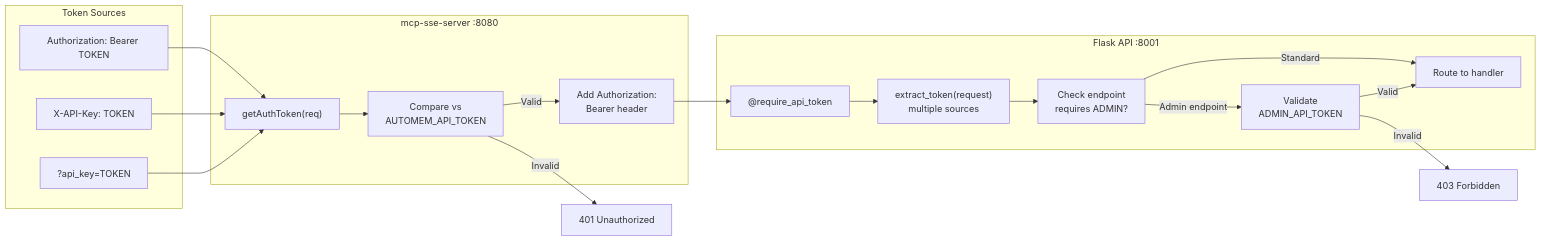
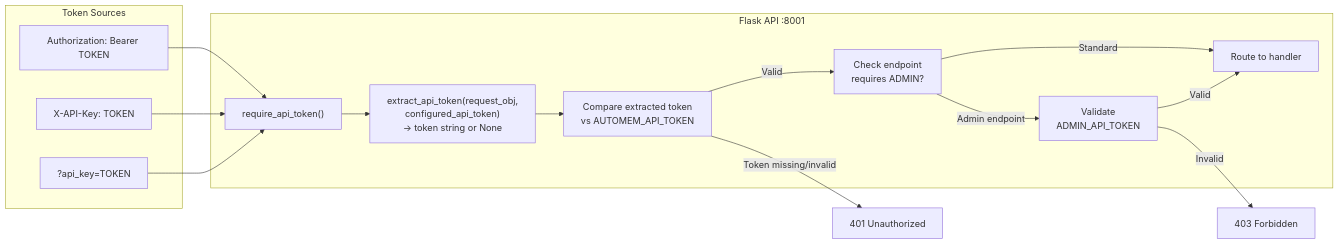
The second of 3 diagrams in src/content/docs/docs/reference/authentication.md (verygoodplugins/automem-website), drawn with Mermaid before and after one commit. The commit also changed other lines of this file, not shown here.

First paragraph of the commit message:
docs: fix drift in Authentication (#168)
* docs: fix drift in Authentication

````diff
--- a/src/content/docs/docs/reference/authentication.md
+++ b/src/content/docs/docs/reference/authentication.md
@@ -101,39 +101,31 @@
 ```mermaid
 graph LR
     subgraph "Token Sources"
         BearerHeader["Authorization: Bearer TOKEN"]
         APIKeyHeader["X-API-Key: TOKEN"]
         QueryParam["?api_key=TOKEN"]
     end
 
-    subgraph "mcp-sse-server :8080"
-        GetAuthToken["getAuthToken(req)"]
-        ValidateToken["Compare vs<br/>AUTOMEM_API_TOKEN"]
-        AddAuthHeader["Add Authorization:<br/>Bearer header"]
-    end
-
     subgraph "Flask API :8001"
-        RequireAPIToken["@require_api_token"]
-        ExtractToken["extract_token(request)<br/>multiple sources"]
+        RequireAPIToken["require_api_token()"]
+        ExtractToken["extract_api_token(request_obj,<br/>configured_api_token)<br/>→ token string or None"]
+        ValidateToken["Compare extracted token<br/>vs AUTOMEM_API_TOKEN"]
         CheckLevel["Check endpoint<br/>requires ADMIN?"]
         ValidateAdmin["Validate<br/>ADMIN_API_TOKEN"]
         ProcessRequest["Route to handler"]
     end
 
-    BearerHeader --> GetAuthToken
-    APIKeyHeader --> GetAuthToken
-    QueryParam --> GetAuthToken
+    BearerHeader --> RequireAPIToken
+    APIKeyHeader --> RequireAPIToken
+    QueryParam --> RequireAPIToken
 
-    GetAuthToken --> ValidateToken
-    ValidateToken -->|Valid| AddAuthHeader
-    ValidateToken -->|Invalid| Reject401["401 Unauthorized"]
-
-    AddAuthHeader --> RequireAPIToken
     RequireAPIToken --> ExtractToken
-    ExtractToken --> CheckLevel
+    ExtractToken --> ValidateToken
+    ValidateToken -->|Valid| CheckLevel
+    ValidateToken -->|Token missing/invalid| Reject401["401 Unauthorized"]
 
     CheckLevel -->|Standard| ProcessRequest
     CheckLevel -->|Admin endpoint| ValidateAdmin
     ValidateAdmin -->|Valid| ProcessRequest
     ValidateAdmin -->|Invalid| Reject403["403 Forbidden"]
 ```
````
